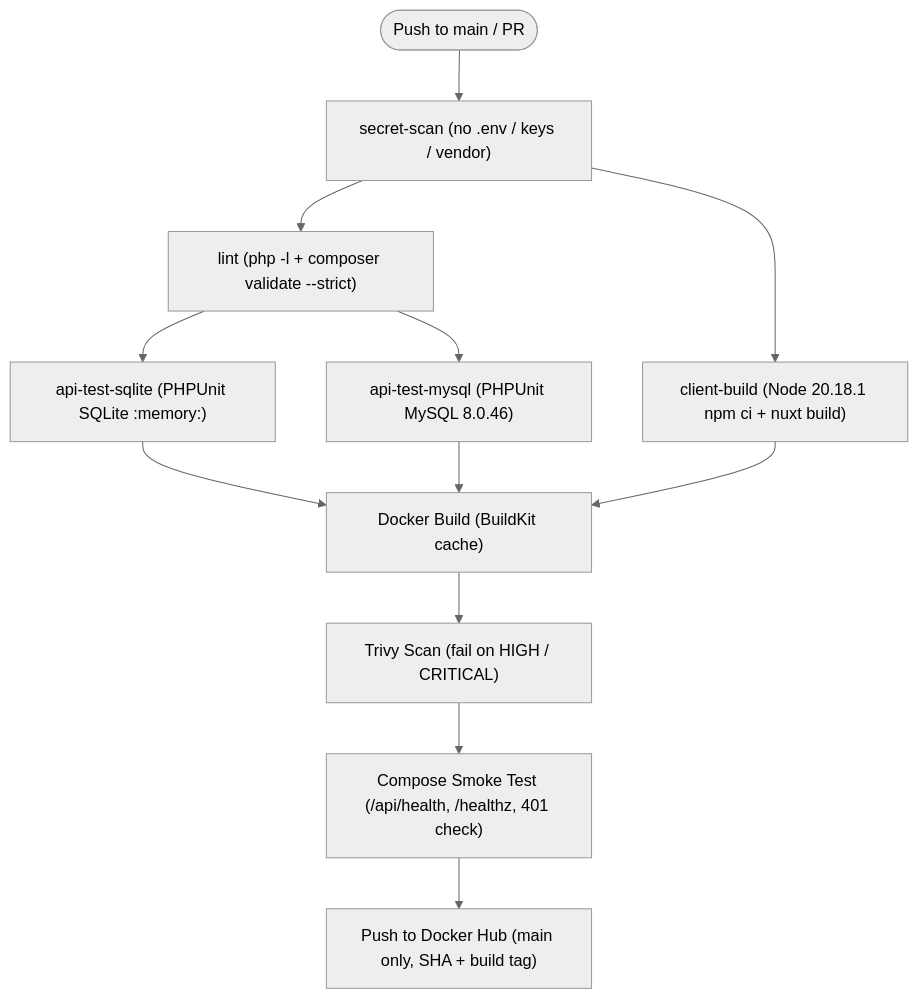
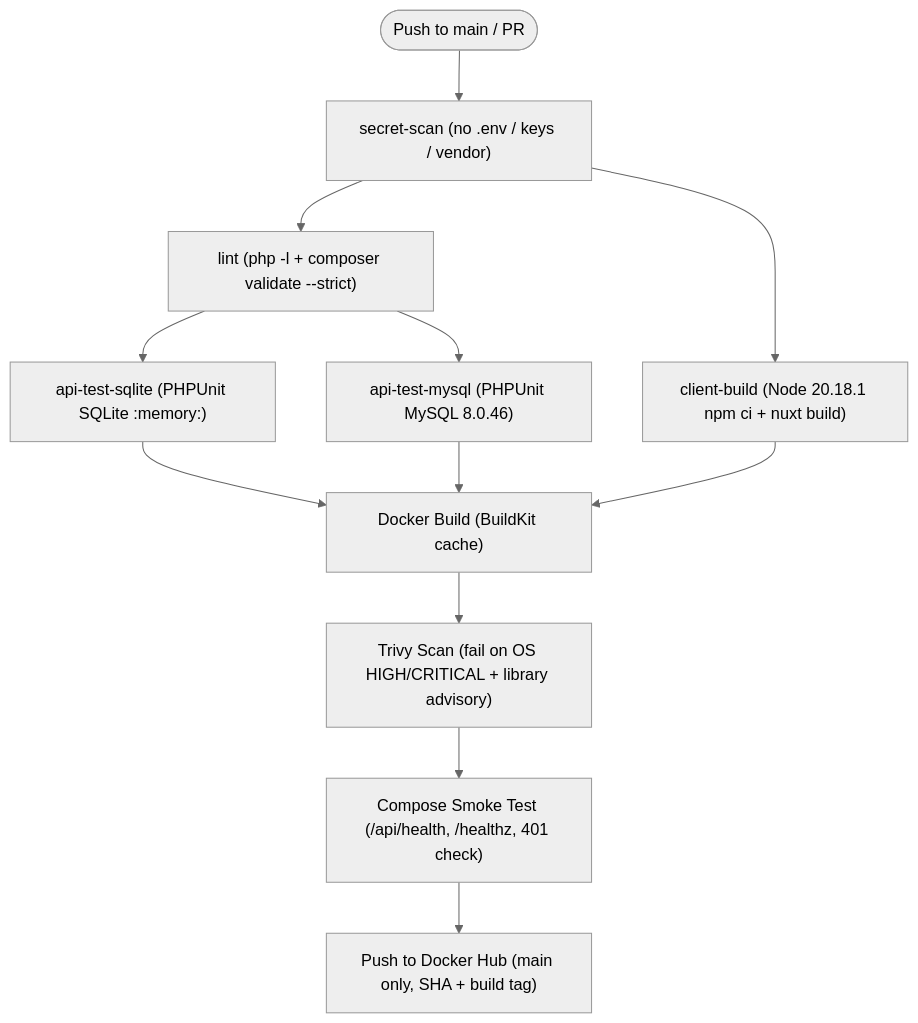
The fifth of 5 diagrams in README.md (Mahmoud6601/bookhub-platform), drawn with Mermaid (neutral theme) before and after one commit. The commit also changed other lines of this file and 2 other files, not shown here.

Commit message:
fix: make web route cacheable and split Trivy OS vs library scans in CI

````diff
--- a/README.md
+++ b/README.md
@@ -155,14 +155,14 @@
 ```mermaid
 flowchart TD
     Push(["Push to main / PR"]) --> SecretScan["secret-scan (no .env / keys / vendor)"]
     SecretScan --> Lint["lint (php -l + composer validate --strict)"]
     SecretScan --> ClientBuild["client-build (Node 20.18.1 npm ci + nuxt build)"]
     Lint --> TestSQLite["api-test-sqlite (PHPUnit SQLite :memory:)"]
     Lint --> TestMySQL["api-test-mysql (PHPUnit MySQL 8.0.46)"]
     TestSQLite --> Build["Docker Build (BuildKit cache)"]
     TestMySQL --> Build
     ClientBuild --> Build
-    Build --> Trivy["Trivy Scan (fail on HIGH / CRITICAL)"]
+    Build --> Trivy["Trivy Scan (fail on OS HIGH/CRITICAL + library advisory)"]
     Trivy --> Smoke["Compose Smoke Test (/api/health, /healthz, 401 check)"]
     Smoke --> PushImg["Push to Docker Hub (main only, SHA + build tag)"]
 ```
````
